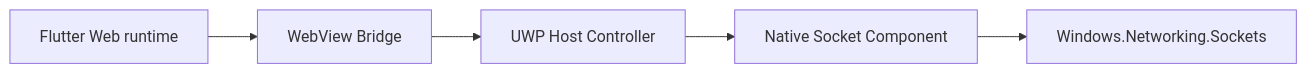
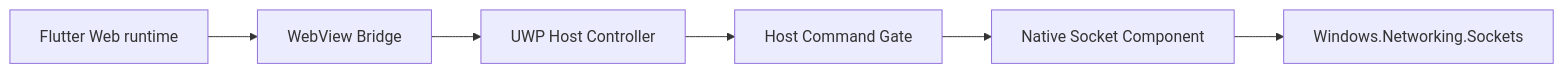
One commit to aloisiocosta-prof/universal-ssh changed the third of 14 diagrams in docs/architecture/uml.md. Above: the diagram before and after it, drawn with Mermaid. The commit also changed other lines of this file and 7 other files, not shown here.

````diff
--- a/docs/architecture/uml.md
+++ b/docs/architecture/uml.md
@@ -24,7 +28,8 @@
 ```mermaid
 flowchart LR
   Flutter[Flutter Web runtime] --> Bridge[WebView Bridge]
   Bridge --> Controller[UWP Host Controller]
-  Controller --> Socket[Native Socket Component]
+  Controller --> Gate[Host Command Gate]
+  Gate --> Socket[Native Socket Component]
   Socket --> WinRT[Windows.Networking.Sockets]
 ```
````
